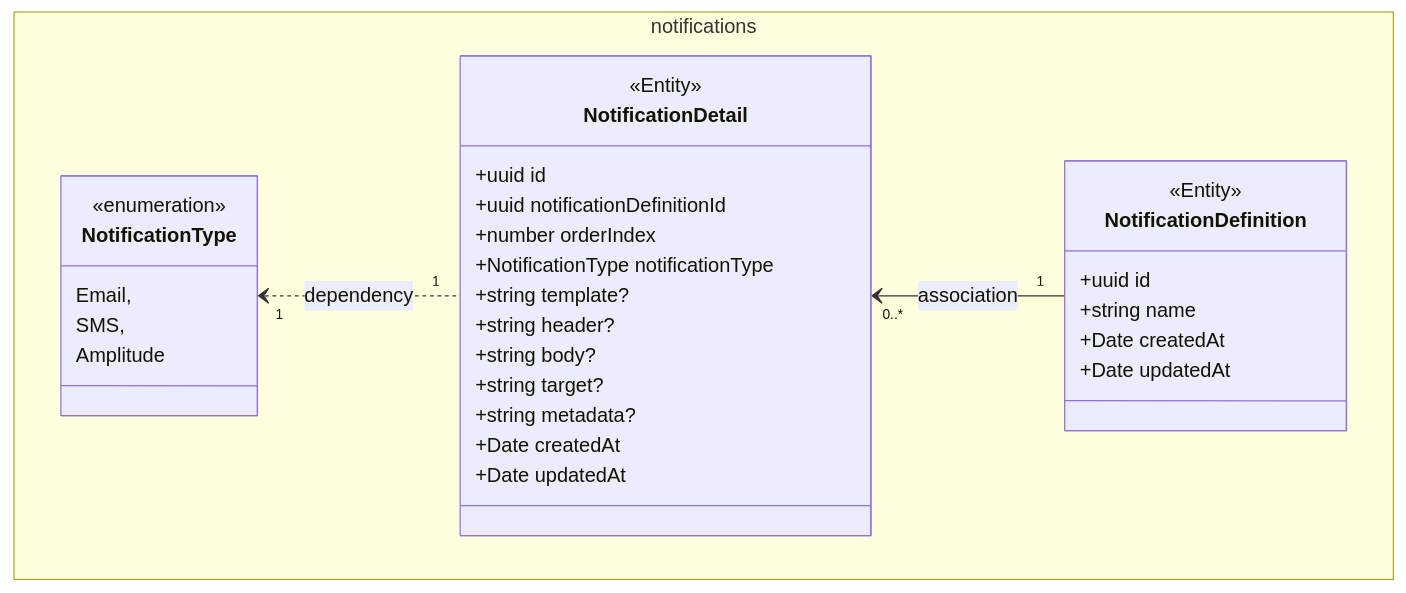
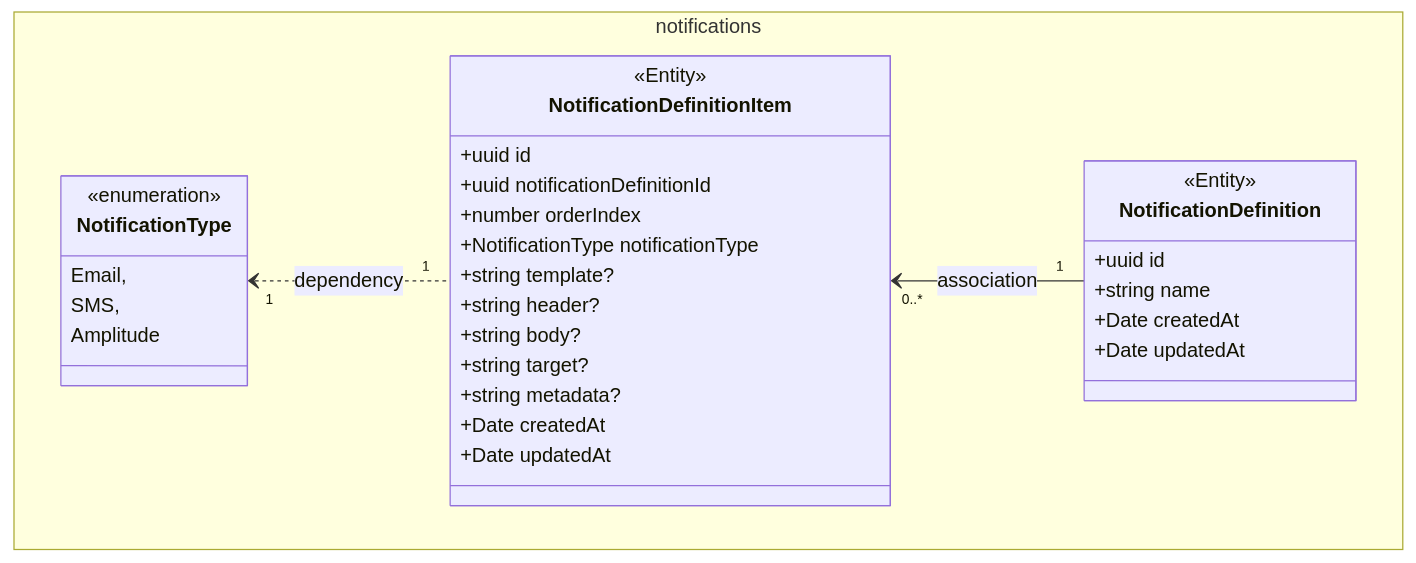
The diagram in docs/notification-schema.md (jangot/archipelago-rules), drawn with Mermaid before and after one commit. The commit also changed other lines of this file and 1 other file, not shown here.

Commit message:
Updated some diagrams

````diff
--- a/docs/notification-schema.md
+++ b/docs/notification-schema.md
@@ -3,45 +24,47 @@
 ```mermaid
 ---
 config:
   title: Notifications Domain
+  theme: default
   class:
     hideEmptyMembersBox: true
-    theme: base
+    padding: 8
 ---
 classDiagram
-namespace notifications {
-  class NotificationType {
-    <<enumeration>>
-    Email,
-    SMS,
-    Amplitude
-  }
+  namespace notifications {
+    class NotificationType {
+      <<enumeration>>
+      Email,
+      SMS,
+      Amplitude
+    }
 
-  class NotificationDefinition {
-    <<Entity>>
-    +uuid id
-    +string name
-    +Date createdAt
-    +Date updatedAt
-  }
+    class NotificationDefinition {
+      <<Entity>>
+      +uuid id
+      +string name
+      +Date createdAt
+      +Date updatedAt
+    }
+    
+    class NotificationDefinitionItem {
+      <<Entity>>
+      +uuid id
+      +uuid notificationDefinitionId
+      +number orderIndex
+      +NotificationType notificationType
+      +string template?
+      +string header?
+      +string body?
+      +string target?
+      +string metadata?
+      +Date createdAt
+      +Date updatedAt
+    }
 
-  class NotificationDetail {
-    <<Entity>>
-    +uuid id
-    +uuid notificationDefinitionId
-    +number orderIndex
-    +NotificationType notificationType
-    +string template?
-    +string header?
-    +string body?
-    +string target?
-    +string metadata?
-    +Date createdAt
-    +Date updatedAt
-  }
-
+    
 }
 
-NotificationDetail "0..*" <-- "1" NotificationDefinition : association
-NotificationType "1" <.. "1" NotificationDetail: dependency
+NotificationType "1" <.. "1" NotificationDefinitionItem: dependency
+NotificationDefinitionItem "0..*" <-- "1" NotificationDefinition : association
 ```
````
